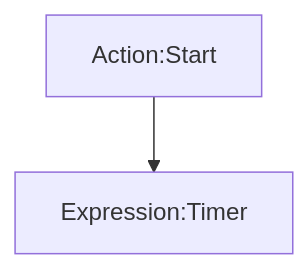
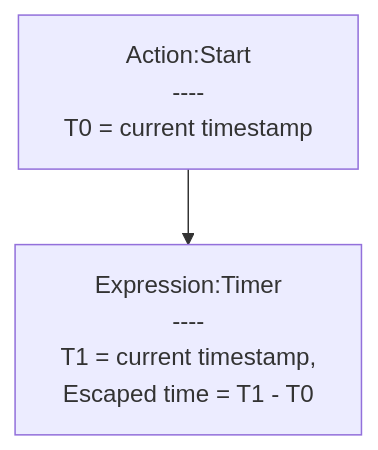
The second of 2 diagrams in plugins.md/rex_date.md (rexrainbow/C2RexDoc), drawn with Mermaid before and after one commit. The commit also changed other lines of this file and 1 other file, not shown here.

````diff
--- a/plugins.md/rex_date.md
+++ b/plugins.md/rex_date.md
@@ -56,5 +72,5 @@
 ```mermaid
 graph TB
 
-Start["Action:Start"] --> ExpEscapedTime["Expression:Timer"]
+Start["Action:Start<br>----<br>T0 = current timestamp"] --> ExpEscapedTime["Expression:Timer<br>----<br>T1 = current timestamp,<br>Escaped time = T1 - T0"]
 ```
````
